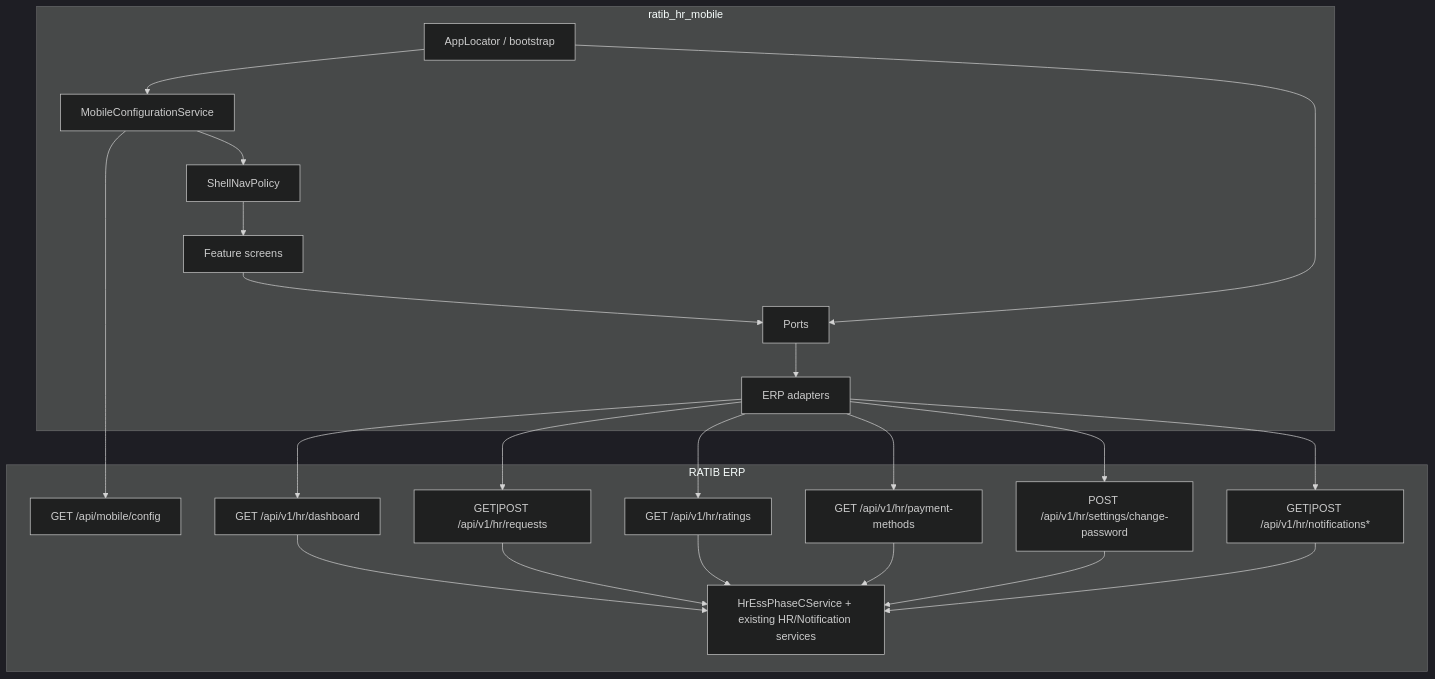
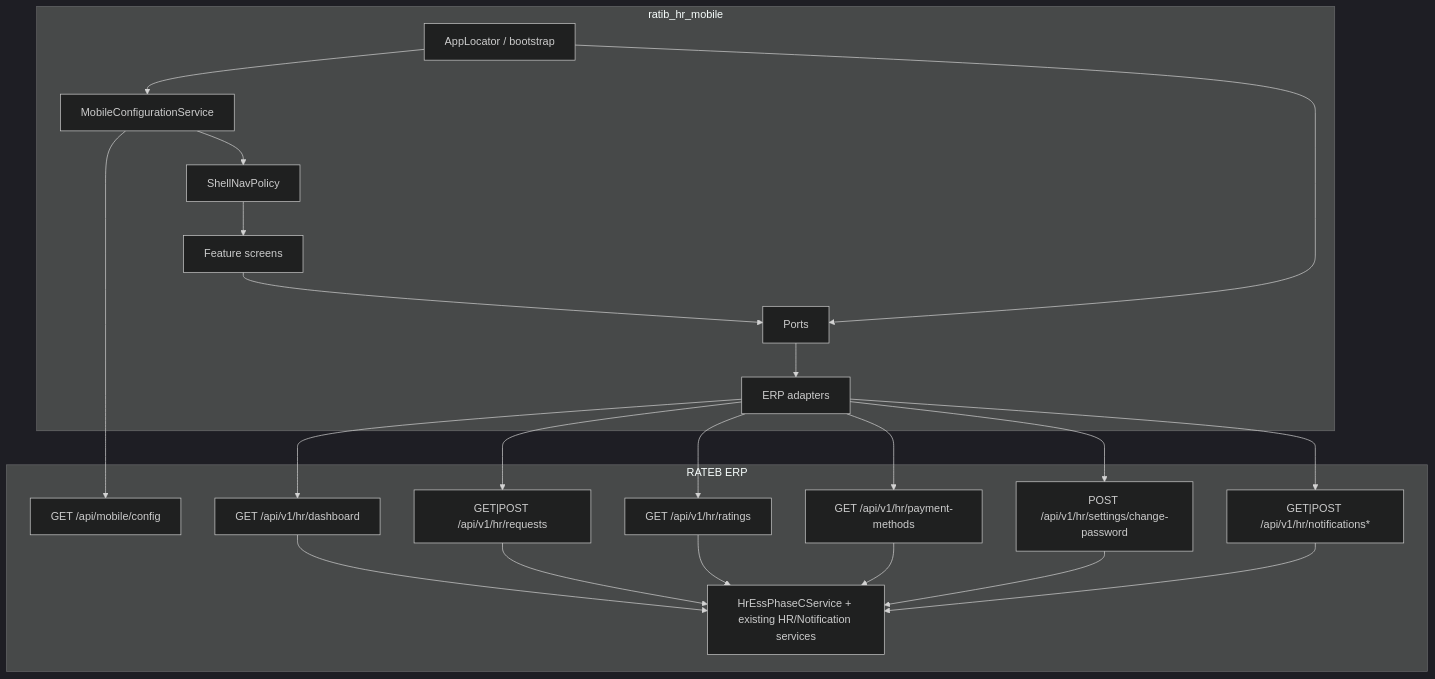
The diagram in ratib_hr_mobile/docs/PHASE_C.md (ratibstar/ratib-pro), drawn with Mermaid (dark theme) before and after one commit. The commit also changed 195 other files, not shown here.

````diff
--- a/ratib_hr_mobile/docs/PHASE_C.md
+++ b/ratib_hr_mobile/docs/PHASE_C.md
@@ -13,33 +13,33 @@
 ```mermaid
 flowchart TB
   subgraph Flutter["ratib_hr_mobile"]
     UI[Feature screens]
     Ports[Ports]
     Adapters[ERP adapters]
     DI[AppLocator / bootstrap]
     Config[MobileConfigurationService]
     Shell[ShellNavPolicy]
     UI --> Ports
     Ports --> Adapters
     DI --> Ports
     DI --> Config
     Config --> Shell
     Shell --> UI
   end
 
-  subgraph ERP["RATIB ERP"]
+  subgraph ERP["RATEB ERP"]
     MC["GET /api/mobile/config"]
     Dash["GET /api/v1/hr/dashboard"]
     Req["GET|POST /api/v1/hr/requests"]
     Notif["GET|POST /api/v1/hr/notifications*"]
     Ratings["GET /api/v1/hr/ratings"]
     Pay["GET /api/v1/hr/payment-methods"]
     Pwd["POST /api/v1/hr/settings/change-password"]
     Svc[HrEssPhaseCService + existing HR/Notification services]
   end
 
   Adapters --> Dash & Req & Notif & Ratings & Pay & Pwd
   Config --> MC
   Dash & Req & Ratings & Pay & Pwd --> Svc
   Notif --> Svc
 ```
````
